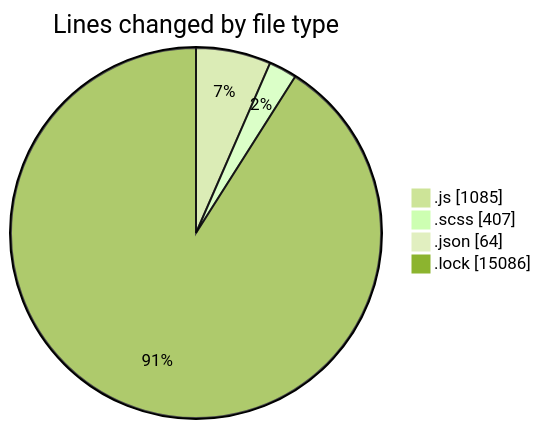
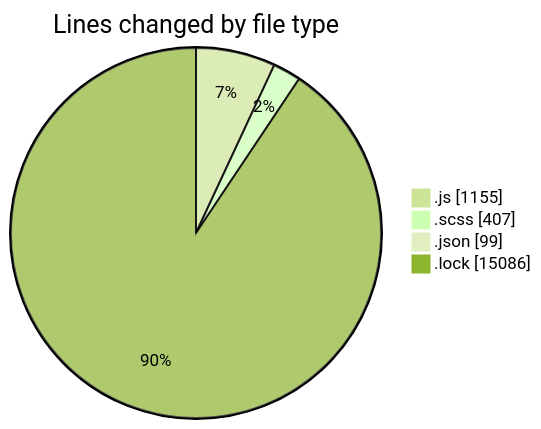
Before and after one commit to momahboobian/code-tracking: the first of 2 diagrams in 2026-01-05/cda/README.md, drawn with Mermaid (forest theme). The commit also changed other lines of this file and 1 other file, not shown here.

````diff
--- a/2026-01-05/cda/README.md
+++ b/2026-01-05/cda/README.md
@@ -30,8 +32,8 @@
 ```mermaid
 pie showData
 title Lines changed by file type
-".js" : 1085
+".js" : 1155
 ".scss" : 407
-".json" : 64
+".json" : 99
 ".lock" : 15086
 ```
````
